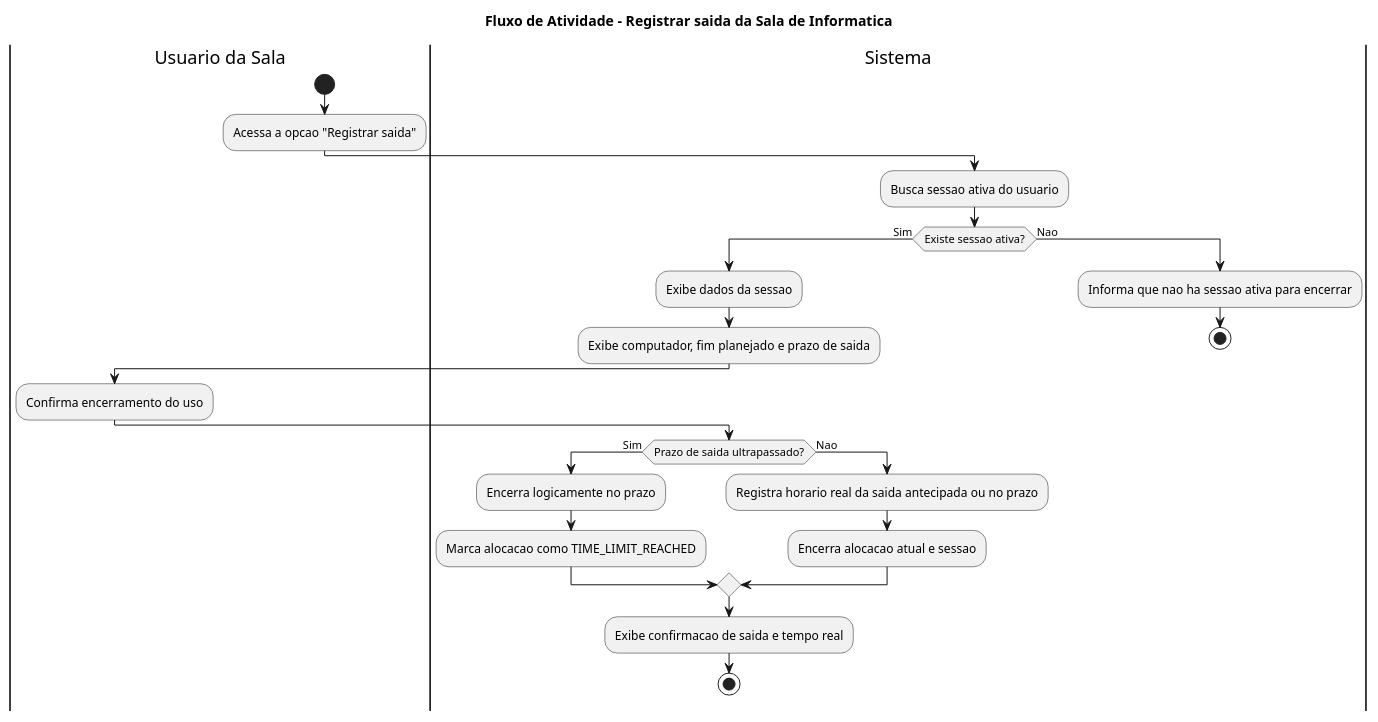
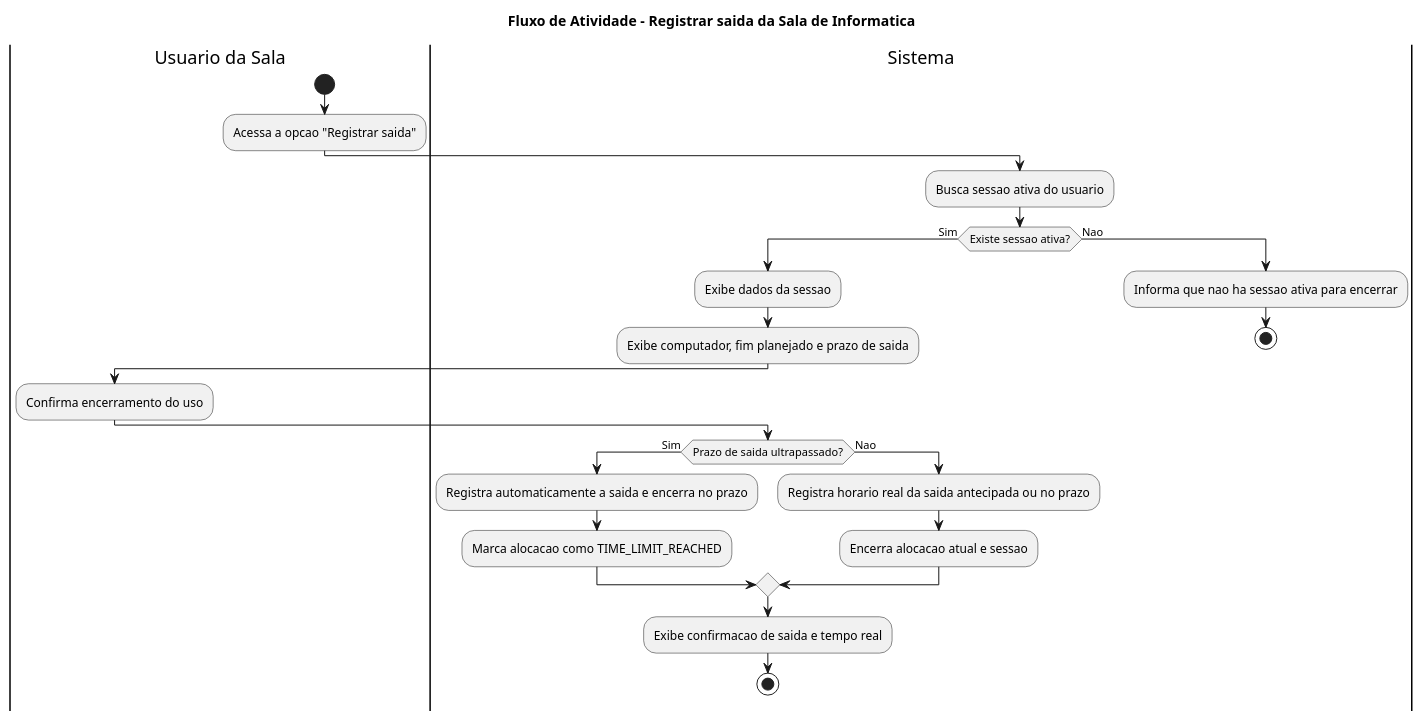
Before and after one commit to MarcosVini753/estagio: the diagram in docs/diagrams/atividades/03-usuario-registrar-saida.puml, drawn with PlantUML. The commit also changed 31 other files, not shown here.

```diff
--- a/docs/diagrams/atividades/03-usuario-registrar-saida.puml
+++ b/docs/diagrams/atividades/03-usuario-registrar-saida.puml
@@ -1,34 +1,34 @@
 @startuml
 title Fluxo de Atividade - Registrar saida da Sala de Informatica
 
 |Usuario da Sala|
 start
 :Acessa a opcao "Registrar saida";
 
 |Sistema|
 :Busca sessao ativa do usuario;
 
 if (Existe sessao ativa?) then (Sim)
   :Exibe dados da sessao;
   :Exibe computador, fim planejado e prazo de saida;
 
   |Usuario da Sala|
   :Confirma encerramento do uso;
 
   |Sistema|
   if (Prazo de saida ultrapassado?) then (Sim)
-    :Encerra logicamente no prazo;
+    :Registra automaticamente a saida e encerra no prazo;
     :Marca alocacao como TIME_LIMIT_REACHED;
   else (Nao)
     :Registra horario real da saida antecipada ou no prazo;
     :Encerra alocacao atual e sessao;
   endif
   :Exibe confirmacao de saida e tempo real;
   stop
 
 else (Nao)
   :Informa que nao ha sessao ativa para encerrar;
   stop
 endif
 
 @enduml
```
